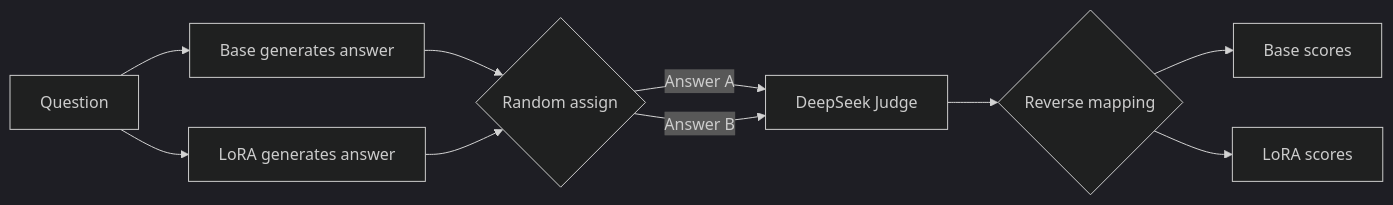
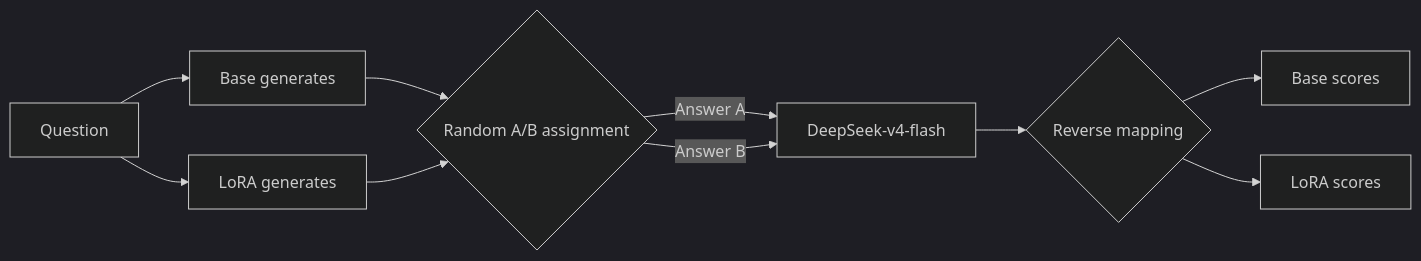
The third of 4 diagrams in README.md (QingGo/qwen-lora-project), drawn with Mermaid (dark theme) before and after one commit. The commit also changed other lines of this file and 1 other file, not shown here.

````diff
--- a/README.md
+++ b/README.md
@@ -176,12 +199,12 @@
 ```mermaid
 flowchart LR
-    Q[Question] --> GenA[Base generates answer]
-    Q --> GenB[LoRA generates answer]
-    GenA --> Rand{Random assign}
+    Q[Question] --> GenA[Base generates]
+    Q --> GenB[LoRA generates]
+    GenA --> Rand{Random A/B assignment}
     GenB --> Rand
-    Rand -->|Answer A| Judge[DeepSeek Judge]
+    Rand -->|Answer A| Judge[DeepSeek-v4-flash]
     Rand -->|Answer B| Judge
     Judge --> Map{Reverse mapping}
     Map --> BaseScores[Base scores]
     Map --> LoraScores[LoRA scores]
 ```
````
